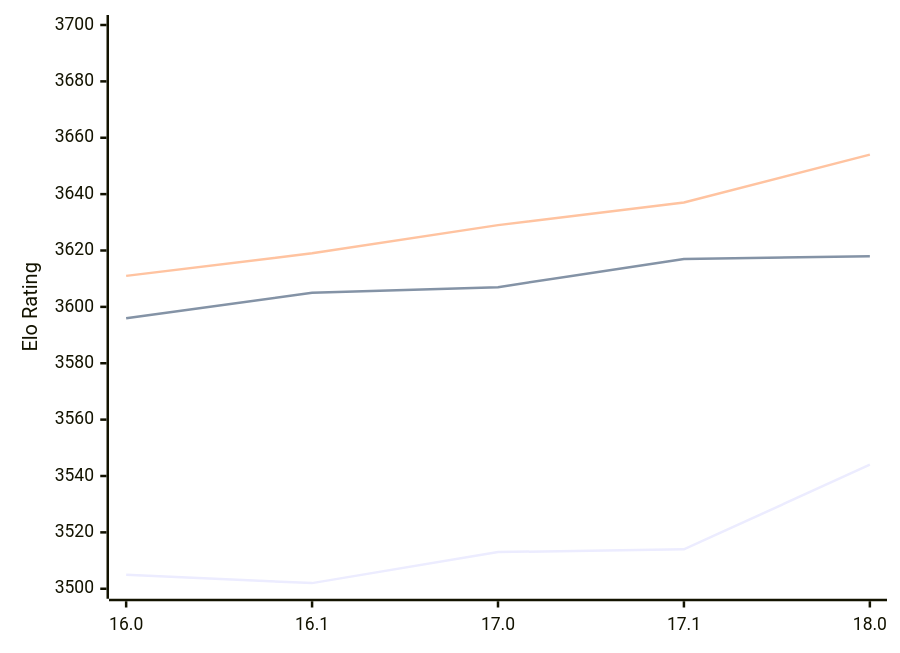
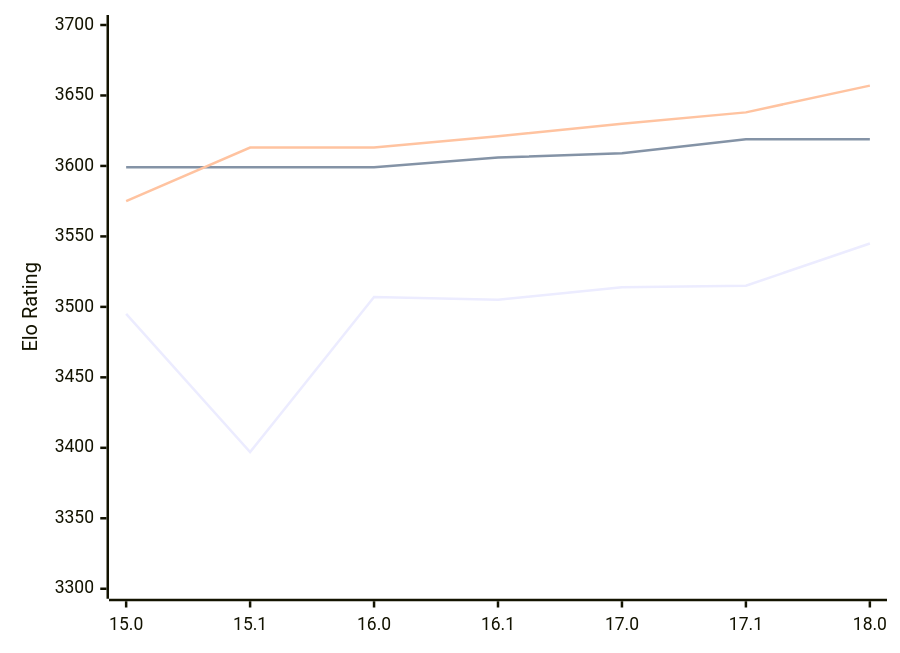
The diagram in engines/Stockfish.md (computer-chess-index/cci), drawn with Mermaid before and after one commit. The commit also changed other lines of this file, not shown here.

Commit message:
Update CCI Ratings (ELO VLTC) - 2026-02-12

````diff
--- a/engines/Stockfish.md
+++ b/engines/Stockfish.md
@@ -43,9 +43,9 @@
 ```mermaid
 %%{init: {"theme":"base","themeVariables":{"seriesColors:['#a3a3a3','#222221','#faa371']}}}%%
 xychart-beta
-  x-axis ["16.0", "16.1", "17.0", "17.1", "18.0"]
-  y-axis "Elo Rating" 3500 --> 3700
-  line "STC (8.0+0.08s)" [3505, 3502, 3513, 3514, 3544]
-  line "LTC (60.0+0.60s)" [3596, 3605, 3607, 3617, 3618]
-  line "VLTC (2m24s+1.12s)" [3611, 3619, 3629, 3637, 3654]
+  x-axis ["15.0", "15.1", "16.0", "16.1", "17.0", "17.1", "18.0"]
+  y-axis "Elo Rating" 3300 --> 3700
+  line "STC (8.0+0.08s)" [3495, 3397, 3507, 3505, 3514, 3515, 3545]
+  line "LTC (60.0+0.60s)" [3599, 3599, 3599, 3606, 3609, 3619, 3619]
+  line "VLTC (2m24s+1.12s)" [3575, 3613, 3613, 3621, 3630, 3638, 3657]
 ```
````
